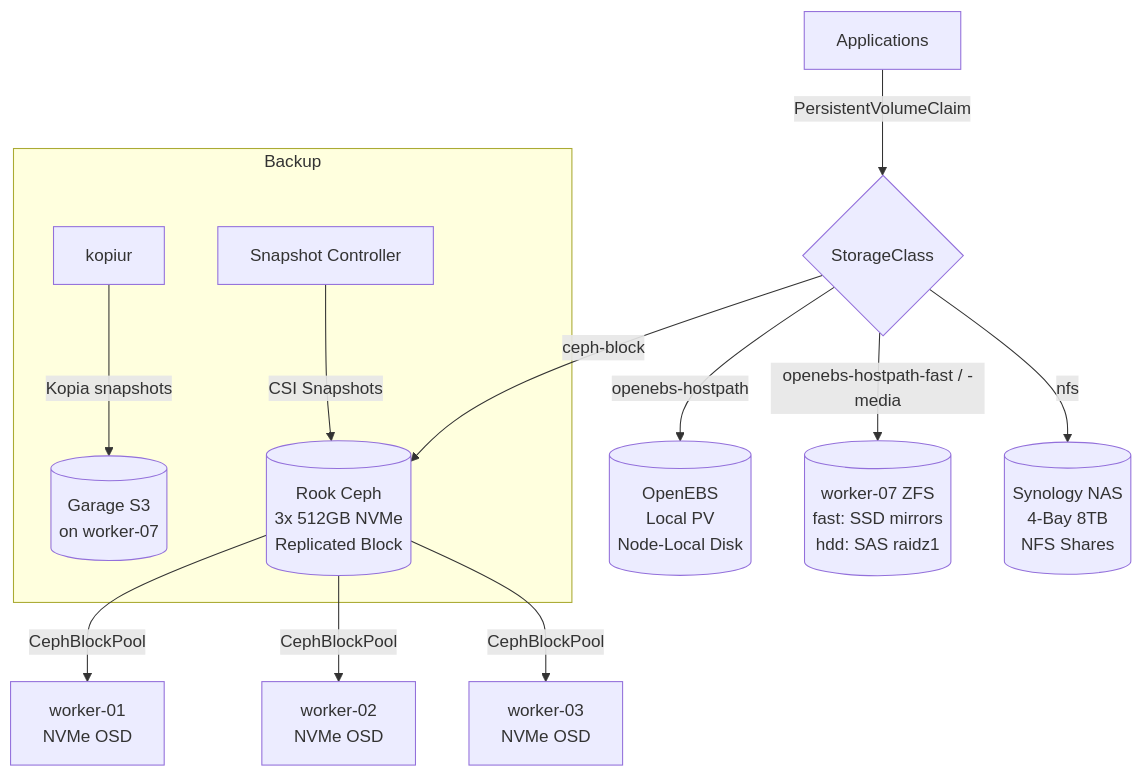
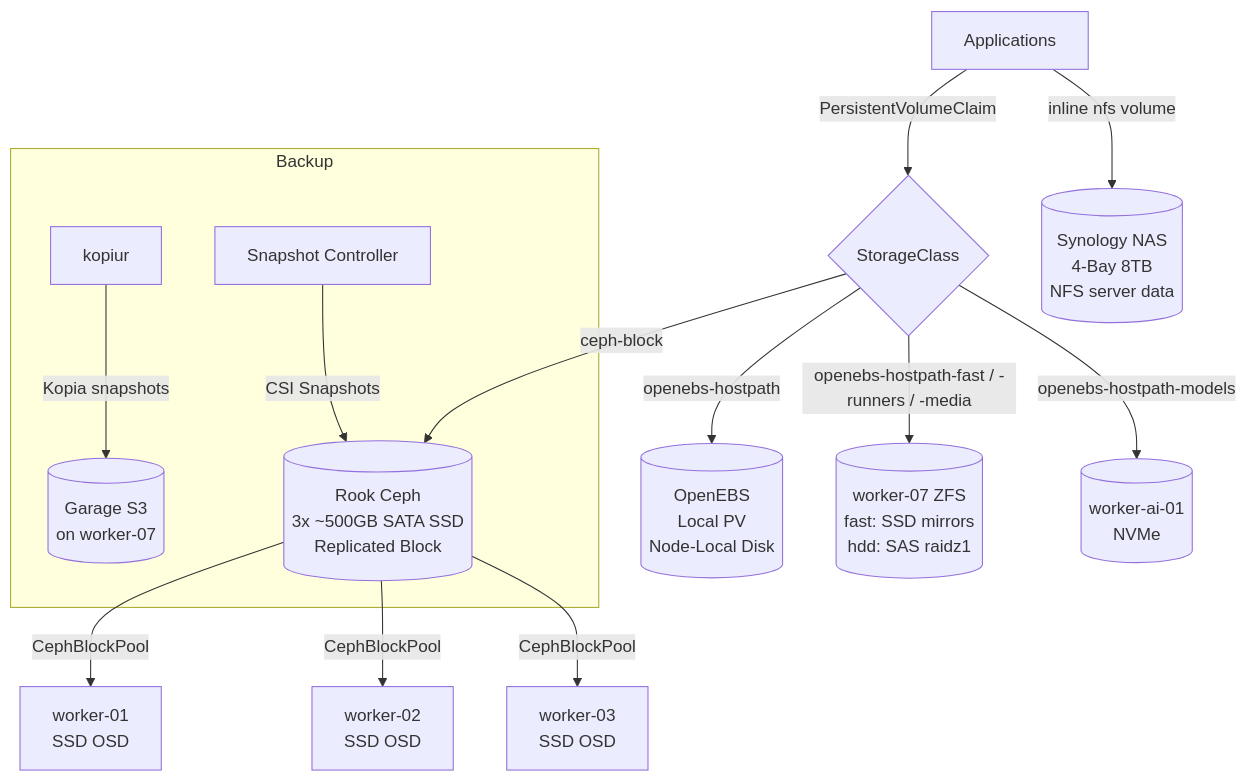
The diagram in docs/storage/index.md (swibrow/home-ops), drawn with Mermaid before and after one commit. The commit also changed other lines of this file and 105 other files, not shown here.

````diff
--- a/docs/storage/index.md
+++ b/docs/storage/index.md
@@ -11,18 +11,19 @@
 ```mermaid
 flowchart TD
     Apps[Applications] -->|PersistentVolumeClaim| SC{StorageClass}
 
-    SC -->|ceph-block| RC[(Rook Ceph\n3x 512GB NVMe\nReplicated Block)]
+    SC -->|ceph-block| RC[(Rook Ceph\n3x ~500GB SATA SSD\nReplicated Block)]
     SC -->|openebs-hostpath| OE[(OpenEBS\nLocal PV\nNode-Local Disk)]
-    SC -->|openebs-hostpath-fast / -media| ZFS[(worker-07 ZFS\nfast: SSD mirrors\nhdd: SAS raidz1)]
-    SC -->|nfs| SYN[(Synology NAS\n4-Bay 8TB\nNFS Shares)]
+    SC -->|openebs-hostpath-fast / -runners / -media| ZFS[(worker-07 ZFS\nfast: SSD mirrors\nhdd: SAS raidz1)]
+    SC -->|openebs-hostpath-models| AI[(worker-ai-01\nNVMe)]
+    Apps -->|inline nfs volume| SYN[(Synology NAS\n4-Bay 8TB\nNFS server data)]
 
-    RC -->|CephBlockPool| OSD1[worker-01\nNVMe OSD]
-    RC -->|CephBlockPool| OSD2[worker-02\nNVMe OSD]
-    RC -->|CephBlockPool| OSD3[worker-03\nNVMe OSD]
+    RC -->|CephBlockPool| OSD1[worker-01\nSSD OSD]
+    RC -->|CephBlockPool| OSD2[worker-02\nSSD OSD]
+    RC -->|CephBlockPool| OSD3[worker-03\nSSD OSD]
 
     subgraph Backup
         KOP[kopiur] -->|Kopia snapshots| GAR[(Garage S3\non worker-07)]
         SNAP[Snapshot Controller] -->|CSI Snapshots| RC
     end
 ```
````
